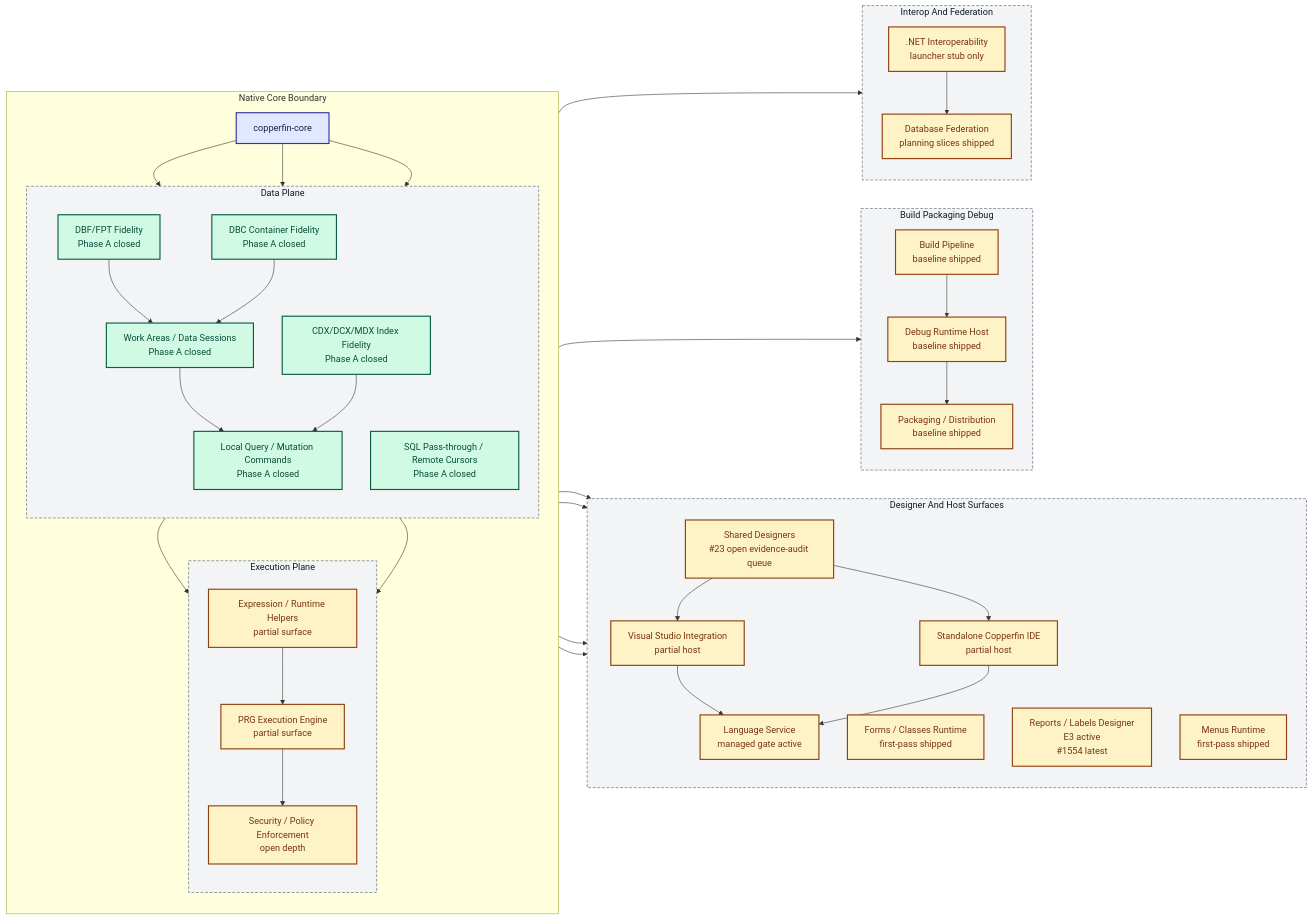
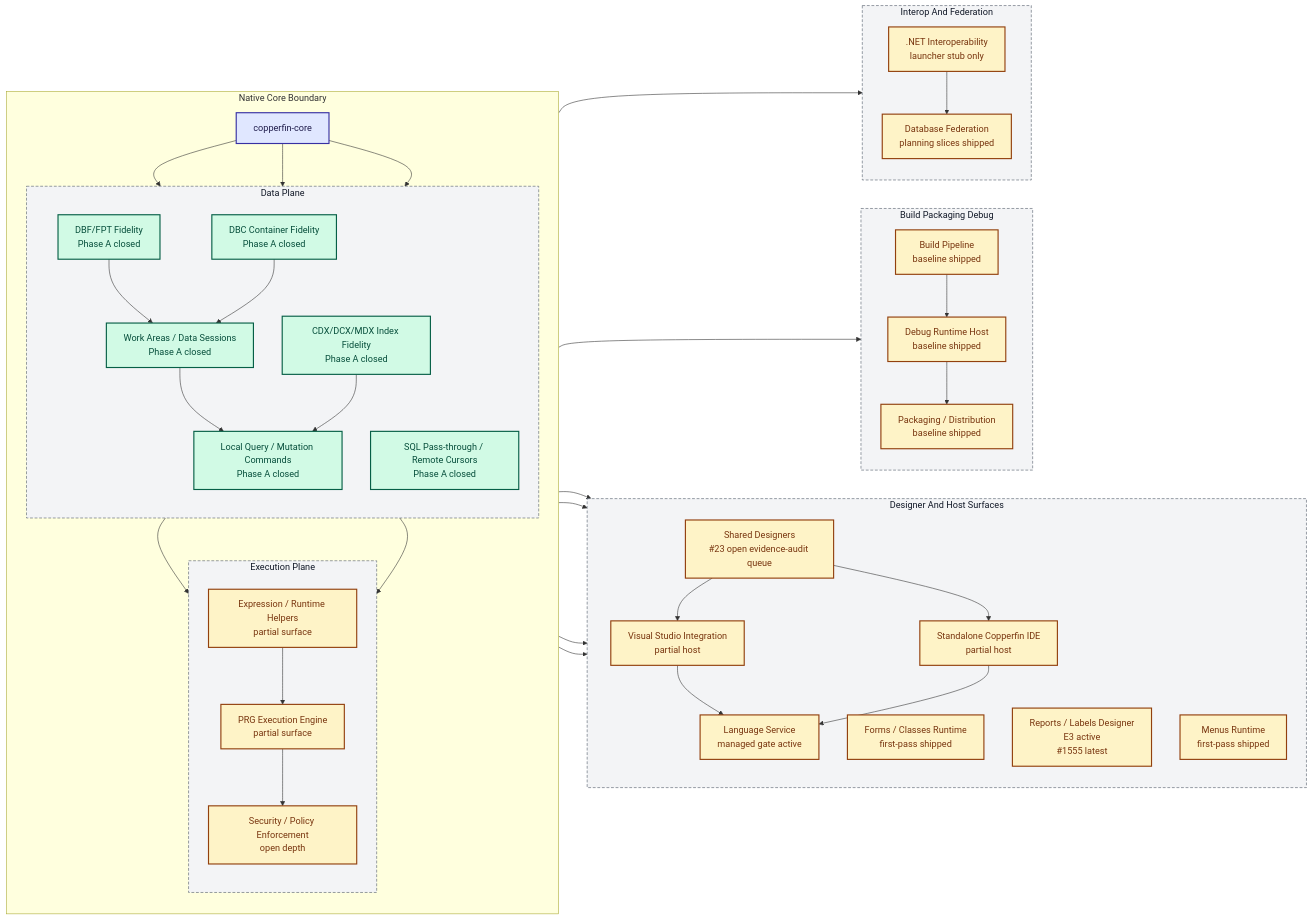
Before and after one commit to rhamenator/Project-Copperfin: the diagram in docs/02-architecture.md, drawn with Mermaid. The commit also changed 6 other files, not shown here.

```diff
--- a/docs/02-architecture.md
+++ b/docs/02-architecture.md
@@ -36,7 +36,7 @@
         direction TB
         DES["Shared Designers<br/>#23 open evidence-audit queue"]
         FORMS["Forms / Classes Runtime<br/>first-pass shipped"]
-        RPT["Reports / Labels Designer<br/>E3 active<br/>#1554 latest"]
+        RPT["Reports / Labels Designer<br/>E3 active<br/>#1555 latest"]
         MENU["Menus Runtime<br/>first-pass shipped"]
         VS["Visual Studio Integration<br/>partial host"]
         IDE["Standalone Copperfin IDE<br/>partial host"]
```
